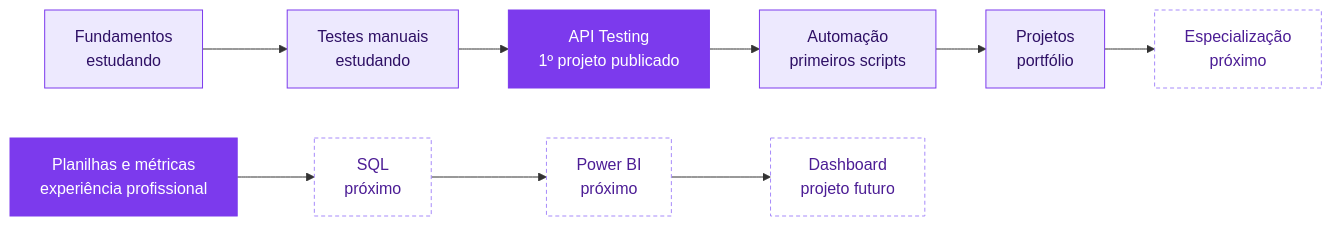
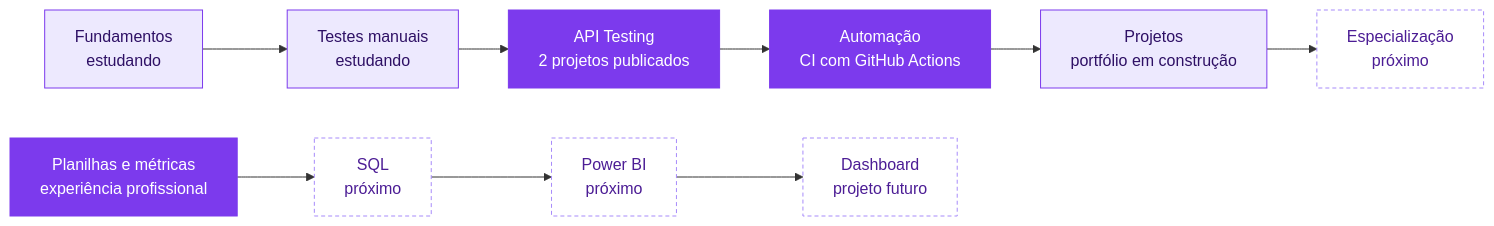
Before and after one commit to bbmoraes/bbmoraes: the diagram in README.md, drawn with Mermaid. The commit also changed other lines of this file, not shown here.

Commit message:
docs: adiciona Projeto 02 (Authenticated API Testing) e atualiza stack

````diff
--- a/README.md
+++ b/README.md
@@ -111,8 +135,8 @@
 ```mermaid
 flowchart LR
-  A[Fundamentos<br/>estudando]:::wip --> B[Testes manuais<br/>estudando]:::wip --> C[API Testing<br/>1º projeto publicado]:::done --> D[Automação<br/>primeiros scripts]:::wip --> E[Projetos<br/>portfólio]:::wip --> F[Especialização<br/>próximo]:::next
+  A[Fundamentos<br/>estudando]:::wip --> B[Testes manuais<br/>estudando]:::wip --> C[API Testing<br/>2 projetos publicados]:::done --> D[Automação<br/>CI com GitHub Actions]:::done --> E[Projetos<br/>portfólio em construção]:::wip --> F[Especialização<br/>próximo]:::next
   G[Planilhas e métricas<br/>experiência profissional]:::done --> H[SQL<br/>próximo]:::next --> I[Power BI<br/>próximo]:::next --> J[Dashboard<br/>projeto futuro]:::next
   classDef done fill:#7C3AED,stroke:#7C3AED,color:#ffffff
   classDef wip fill:#EDE9FE,stroke:#7C3AED,color:#2E1065
   classDef next fill:#ffffff,stroke:#A78BFA,color:#4C1D95,stroke-dasharray:4 3
 ```
````
